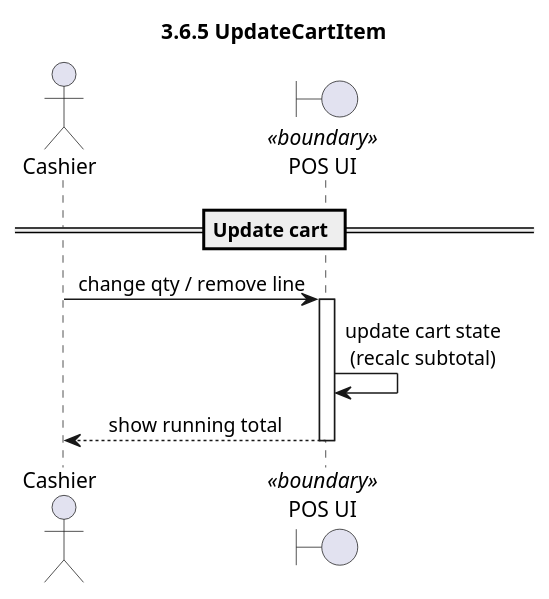
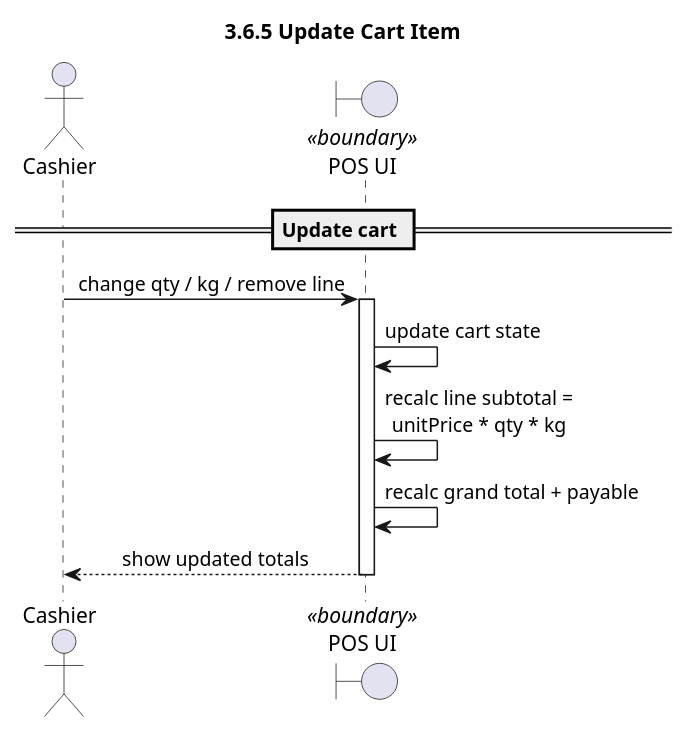
One commit to QuyQuy123/supermarket changed the diagram in docs/sequences/3-6-04-update-cart-item.puml. Above: the diagram before and after it, drawn with PlantUML. The commit also changed 11 other files, not shown here.

```diff
--- a/docs/sequences/3-6-04-update-cart-item.puml
+++ b/docs/sequences/3-6-04-update-cart-item.puml
@@ -1,20 +1,22 @@
 @startuml
 skinparam shadowing false
 skinparam responseMessageBelowArrow true
 skinparam sequenceMessageAlign center
 skinparam maxMessageSize 180
 skinparam sequenceParticipant underline false
 skinparam stereotypePosition top
-title 3.6.5 UpdateCartItem
+title 3.6.5 Update Cart Item
 
 actor "Cashier" as C
 boundary "POS UI" as UI <<boundary>>
 
 == Update cart ==
-C -> UI: change qty / remove line
+C -> UI: change qty / kg / remove line
 activate UI
-UI -> UI: update cart state\n(recalc subtotal)
-UI --> C: show running total
+UI -> UI: update cart state
+UI -> UI: recalc line subtotal = unitPrice * qty * kg
+UI -> UI: recalc grand total + payable
+UI --> C: show updated totals
 deactivate UI
 
 @enduml
```
